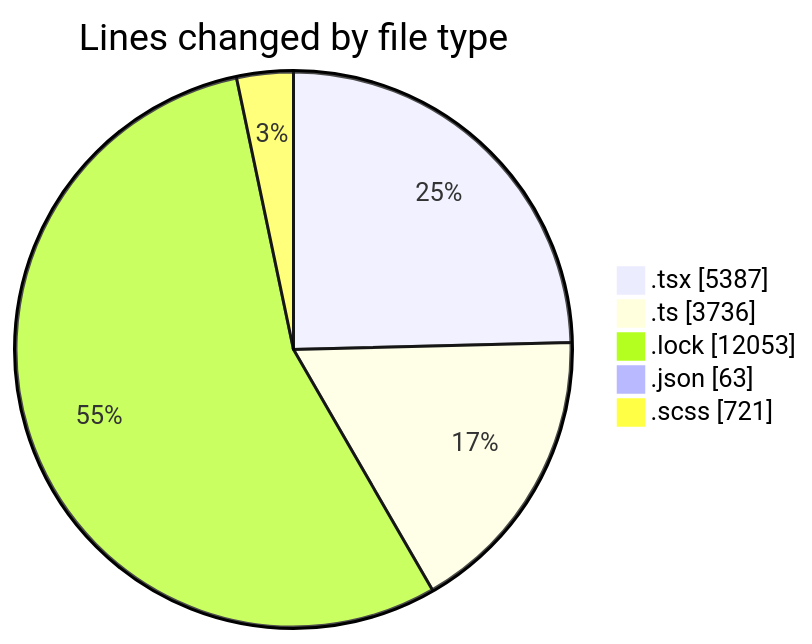
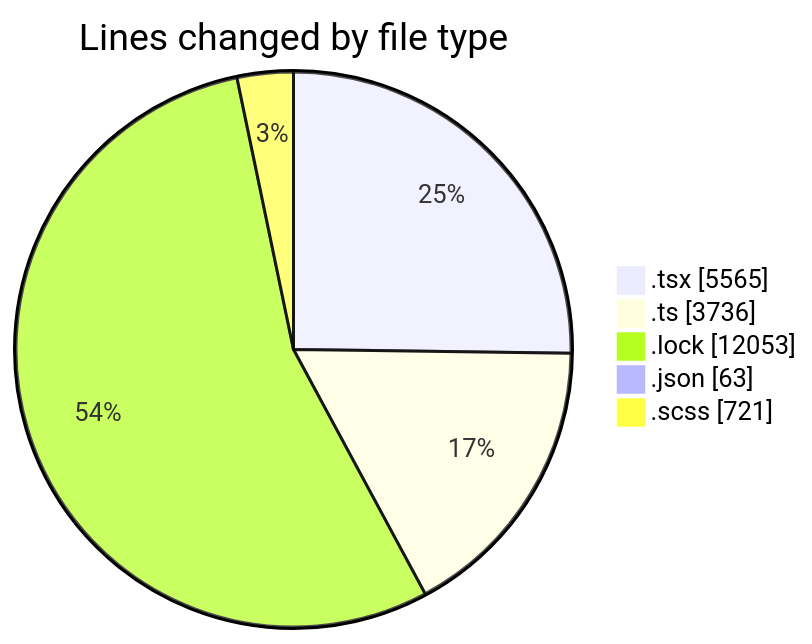
The first of 2 diagrams in 2025-12-03/cda/README.md (momahboobian/code-tracking), drawn with Mermaid before and after one commit. The commit also changed other lines of this file and 1 other file, not shown here.

````diff
--- a/2025-12-03/cda/README.md
+++ b/2025-12-03/cda/README.md
@@ -32,9 +32,9 @@
 ```mermaid
 pie showData
 title Lines changed by file type
-".tsx" : 5387
+".tsx" : 5565
 ".ts" : 3736
 ".lock" : 12053
 ".json" : 63
 ".scss" : 721
 ```
````
